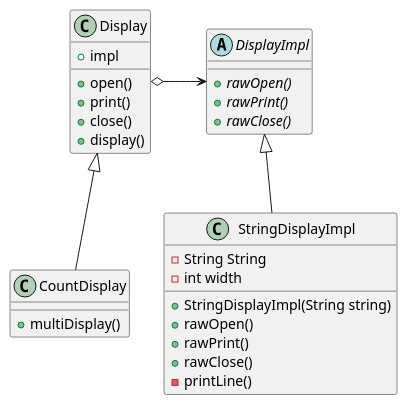
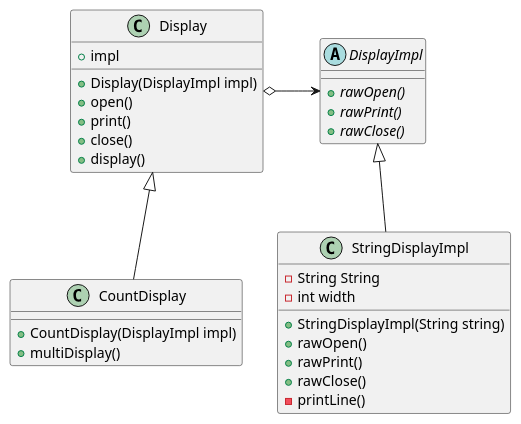
Before and after one commit to ku2ma2/design_pattern: the diagram in Bridge/README.md, drawn with PlantUML.

Commit message:
Improve README

````diff
--- a/Bridge/README.md
+++ b/Bridge/README.md
@@ -4,38 +4,40 @@
 ```uml
 @startuml
 
 class Display {
+    +Display(DisplayImpl impl)
     +impl
     +open()
     +print()
     +close()
     +display()
 }
 
 class CountDisplay {
+    +CountDisplay(DisplayImpl impl)    
     +multiDisplay()
 }
 
 abstract DisplayImpl {
     {abstract} +rawOpen()
     {abstract} +rawPrint()
     {abstract} +rawClose()
 }
 
 class StringDisplayImpl {
     -String String
     -int width
     +StringDisplayImpl(String string)
     +rawOpen()
     +rawPrint()
     +rawClose()
     -printLine()
 }
 
 Display o-right-> DisplayImpl
 CountDisplay -up-|> Display
 StringDisplayImpl -up-|> DisplayImpl
 
 
 @enduml
 ```
````
